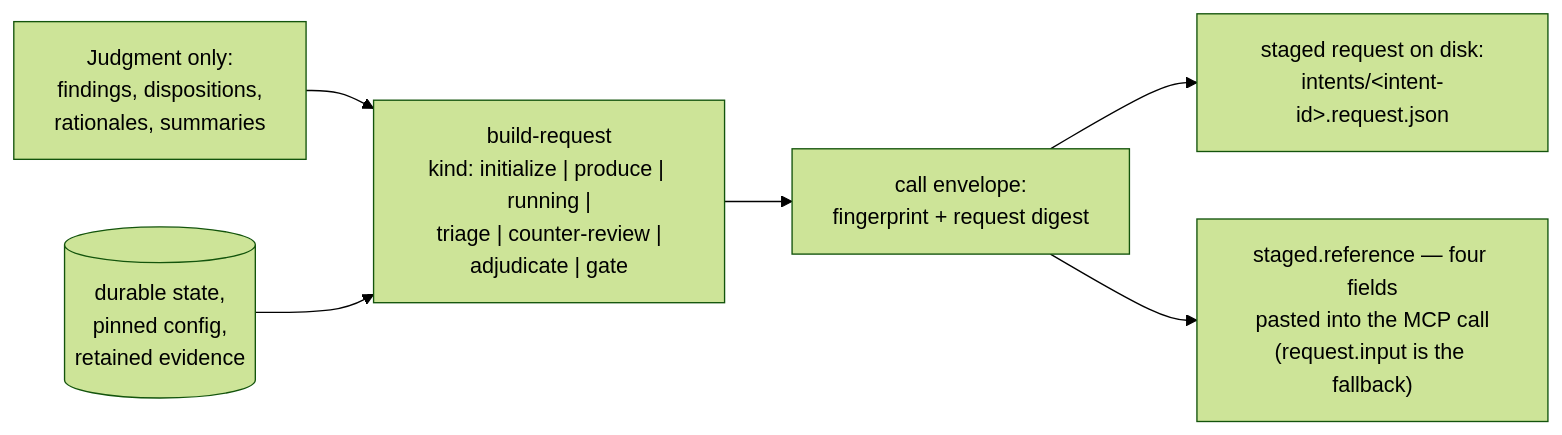
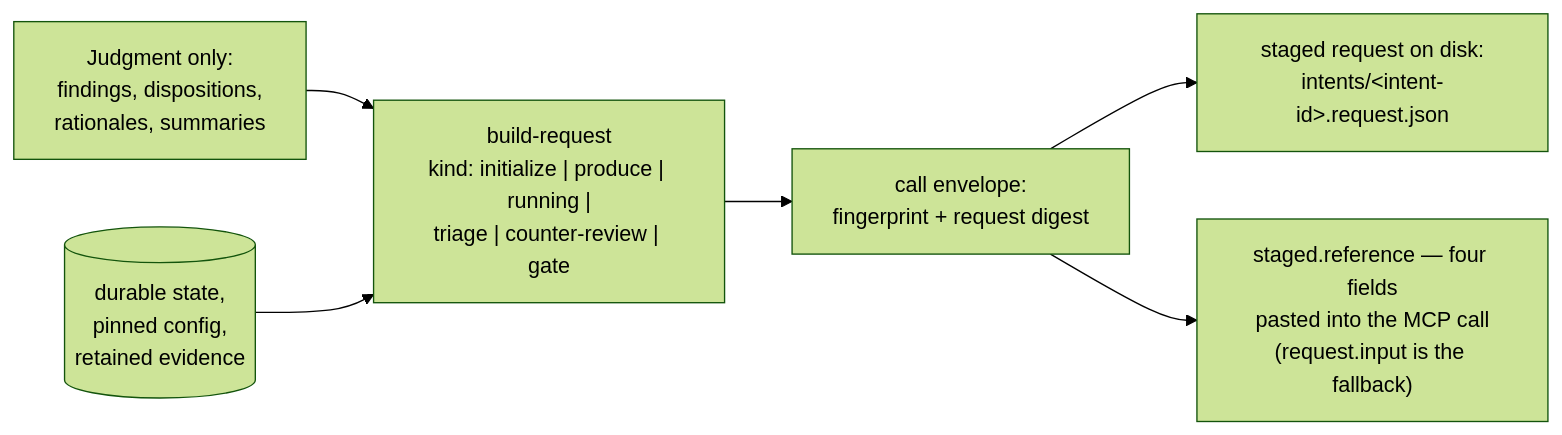
One commit to Aroton/ArchflowV2 changed the diagram in docs/cli/COMMANDS.md. Above: the diagram before and after it, drawn with Mermaid (forest theme). The commit also changed other lines of this file and 99 other files, not shown here.

````diff
--- a/docs/cli/COMMANDS.md
+++ b/docs/cli/COMMANDS.md
@@ -68,8 +68,8 @@
 ```mermaid
 flowchart LR
-    J["Judgment only:<br/>findings, dispositions,<br/>rationales, summaries"] --> BR["build-request<br/>kind: initialize | produce | running |<br/>triage | counter-review |<br/>adjudicate | gate"]
+    J["Judgment only:<br/>findings, dispositions,<br/>rationales, summaries"] --> BR["build-request<br/>kind: initialize | produce | running |<br/>triage | counter-review | gate"]
     DS[("durable state,<br/>pinned config,<br/>retained evidence")] --> BR
     BR --> ENV["call envelope:<br/>fingerprint + request digest"]
     ENV --> STG["staged request on disk:<br/>intents/&lt;intent-id&gt;.request.json"]
     ENV --> OUT["staged.reference — four fields<br/>pasted into the MCP call<br/>(request.input is the fallback)"]
 ```
````
